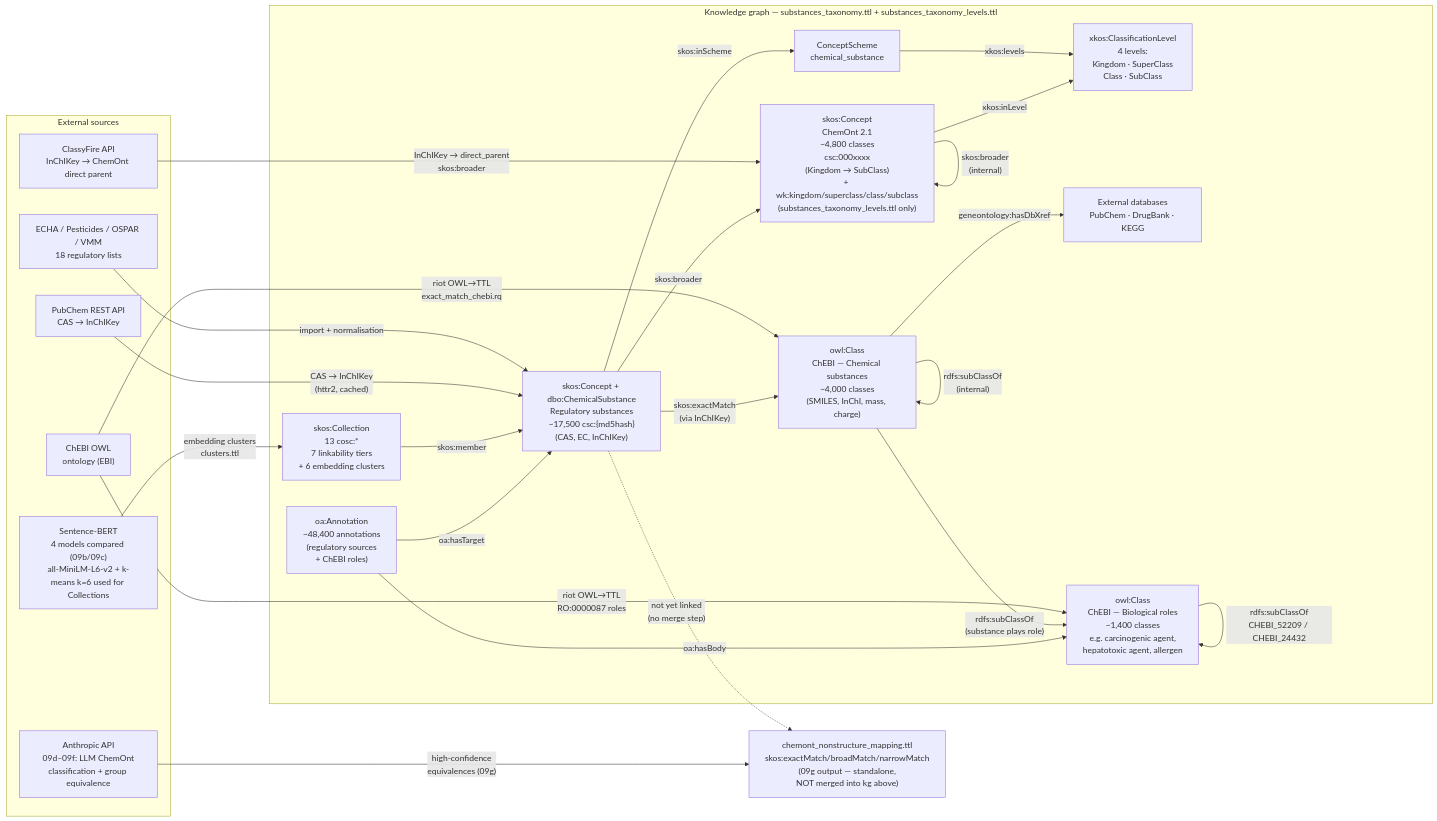
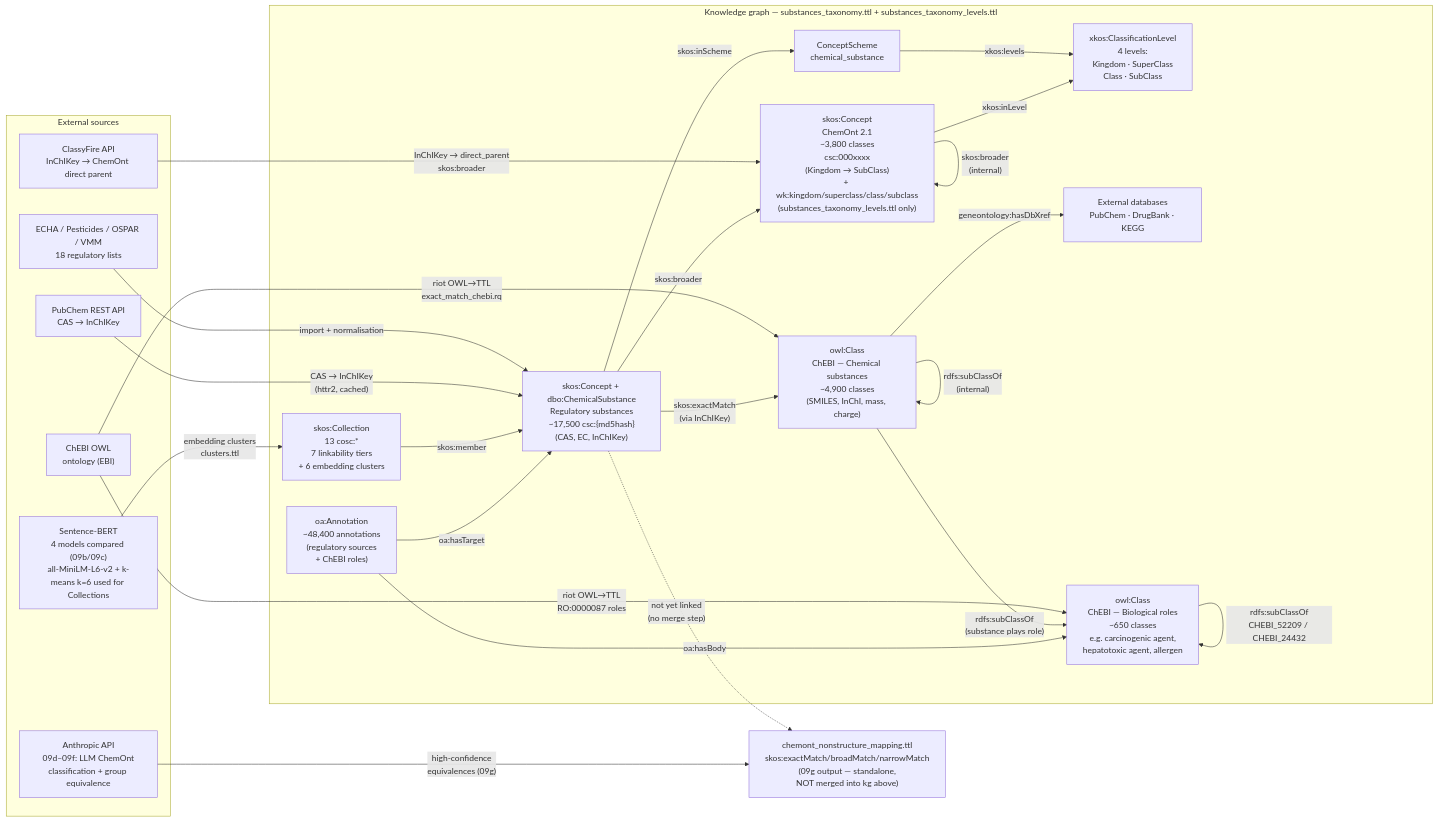
One commit to gezever/A-Substance-Is-Not-Always-a-Substance changed the diagram in README.md. Above: the diagram before and after it, drawn with Mermaid.

````diff
--- a/README.md
+++ b/README.md
@@ -152,58 +152,58 @@
 ```mermaid
 graph LR
   subgraph ext["External sources"]
     ECHA["ECHA / Pesticides / OSPAR / VMM\n18 regulatory lists"]
     PubChem["PubChem REST API\nCAS → InChIKey"]
     ClassyFire_src["ClassyFire API\nInChIKey → ChemOnt direct parent"]
     ChEBI_src["ChEBI OWL\nontology (EBI)"]
     BERT["Sentence-BERT\n4 models compared (09b/09c)\nall-MiniLM-L6-v2 + k-means k=6 used for Collections"]
     LLM["Anthropic API\n09d–09f: LLM ChemOnt\nclassification + group equivalence"]
   end
 
   subgraph kg["Knowledge graph — substances_taxonomy.ttl + substances_taxonomy_levels.ttl"]
     Scheme["ConceptScheme\nchemical_substance"]
 
     Substances["skos:Concept + dbo:ChemicalSubstance\nRegulatory substances\n~17,500 csc:{md5hash}\n(CAS, EC, InChIKey)"]
 
-    ChemOnt["skos:Concept\nChemOnt 2.1\n~4,800 classes\ncsc:000xxxx\n(Kingdom → SubClass)\n+ wk:kingdom/superclass/class/subclass\n(substances_taxonomy_levels.ttl only)"]
+    ChemOnt["skos:Concept\nChemOnt 2.1\n~3,800 classes\ncsc:000xxxx\n(Kingdom → SubClass)\n+ wk:kingdom/superclass/class/subclass\n(substances_taxonomy_levels.ttl only)"]
 
     XKOS["xkos:ClassificationLevel\n4 levels:\nKingdom · SuperClass\nClass · SubClass"]
 
     Collections["skos:Collection\n13 cosc:*\n7 linkability tiers\n+ 6 embedding clusters"]
 
-    ChEBI_stof["owl:Class\nChEBI — Chemical substances\n~4,000 classes\n(SMILES, InChI, mass, charge)"]
+    ChEBI_stof["owl:Class\nChEBI — Chemical substances\n~4,900 classes\n(SMILES, InChI, mass, charge)"]
 
-    ChEBI_rol["owl:Class\nChEBI — Biological roles\n~1,400 classes\ne.g. carcinogenic agent,\nhepatotoxic agent, allergen"]
+    ChEBI_rol["owl:Class\nChEBI — Biological roles\n~650 classes\ne.g. carcinogenic agent,\nhepatotoxic agent, allergen"]
 
     Annotations["oa:Annotation\n~48,400 annotations\n(regulatory sources\n+ ChEBI roles)"]
 
     ExtDB["External databases\nPubChem · DrugBank · KEGG"]
   end
 
   LLMMap["chemont_nonstructure_mapping.ttl\nskos:exactMatch/broadMatch/narrowMatch\n(09g output — standalone,\nNOT merged into kg above)"]
 
   %% External sources → knowledge graph
   ECHA -->|"import + normalisation"| Substances
   PubChem -->|"CAS → InChIKey\n(httr2, cached)"| Substances
   ClassyFire_src -->|"InChIKey → direct_parent\nskos:broader"| ChemOnt
   ChEBI_src -->|"riot OWL→TTL\nexact_match_chebi.rq"| ChEBI_stof
   ChEBI_src -->|"riot OWL→TTL\nRO:0000087 roles"| ChEBI_rol
   BERT -->|"embedding clusters\nclusters.ttl"| Collections
   LLM -->|"high-confidence\nequivalences (09g)"| LLMMap
   Substances -.->|"not yet linked\n(no merge step)"| LLMMap
 
   %% Within the knowledge graph
   Substances -->|"skos:inScheme"| Scheme
   Substances -->|"skos:broader"| ChemOnt
   Substances -->|"skos:exactMatch\n(via InChIKey)"| ChEBI_stof
   Collections -->|"skos:member"| Substances
   ChemOnt -->|"skos:broader\n(internal)"| ChemOnt
   Scheme -->|"xkos:levels"| XKOS
   ChemOnt -->|"xkos:inLevel"| XKOS
   ChEBI_stof -->|"rdfs:subClassOf\n(internal)"| ChEBI_stof
   ChEBI_stof -->|"rdfs:subClassOf\n(substance plays role)"| ChEBI_rol
   ChEBI_rol -->|"rdfs:subClassOf\nCHEBI_52209 / CHEBI_24432"| ChEBI_rol
   ChEBI_stof -->|"geneontology:hasDbXref"| ExtDB
   Annotations -->|"oa:hasTarget"| Substances
   Annotations -->|"oa:hasBody"| ChEBI_rol
 ```
````
